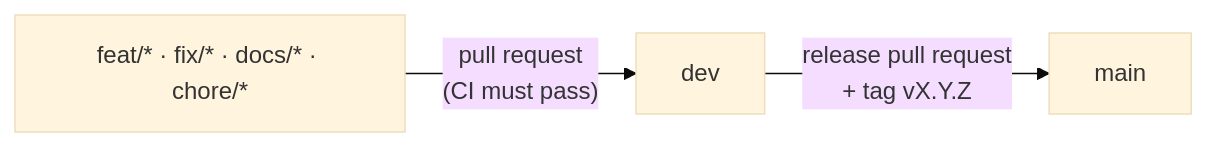
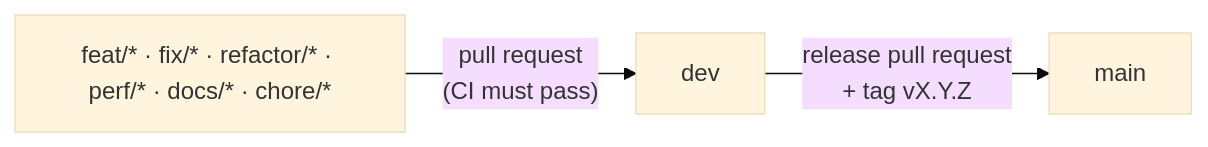
The fifth of 5 diagrams in README.md (dbarretol/fly-notes), drawn with Mermaid (base theme) before and after one commit. The commit also changed 1 other file, not shown here.

Commit message:
docs: update branching conventions to include refactor and perf
- Add `refactor/*` and `perf/*` branch prefixes to documented conventions
- Update AGENTS.md to reflect expanded branch naming strategy
- Update README.md flowchart to include new branch types in git workflow
- Align documentation with established commit practices for code restructuring and performance improvements

````diff
--- a/README.md
+++ b/README.md
@@ -361,5 +361,5 @@
 ```mermaid
 flowchart LR
-    feat["feat/* · fix/* · docs/* · chore/*"] -- "pull request<br/>(CI must pass)" --> dev
+    feat["feat/* · fix/* · refactor/* · perf/* · docs/* · chore/*"] -- "pull request<br/>(CI must pass)" --> dev
     dev -- "release pull request<br/>+ tag vX.Y.Z" --> main
 ```
````
